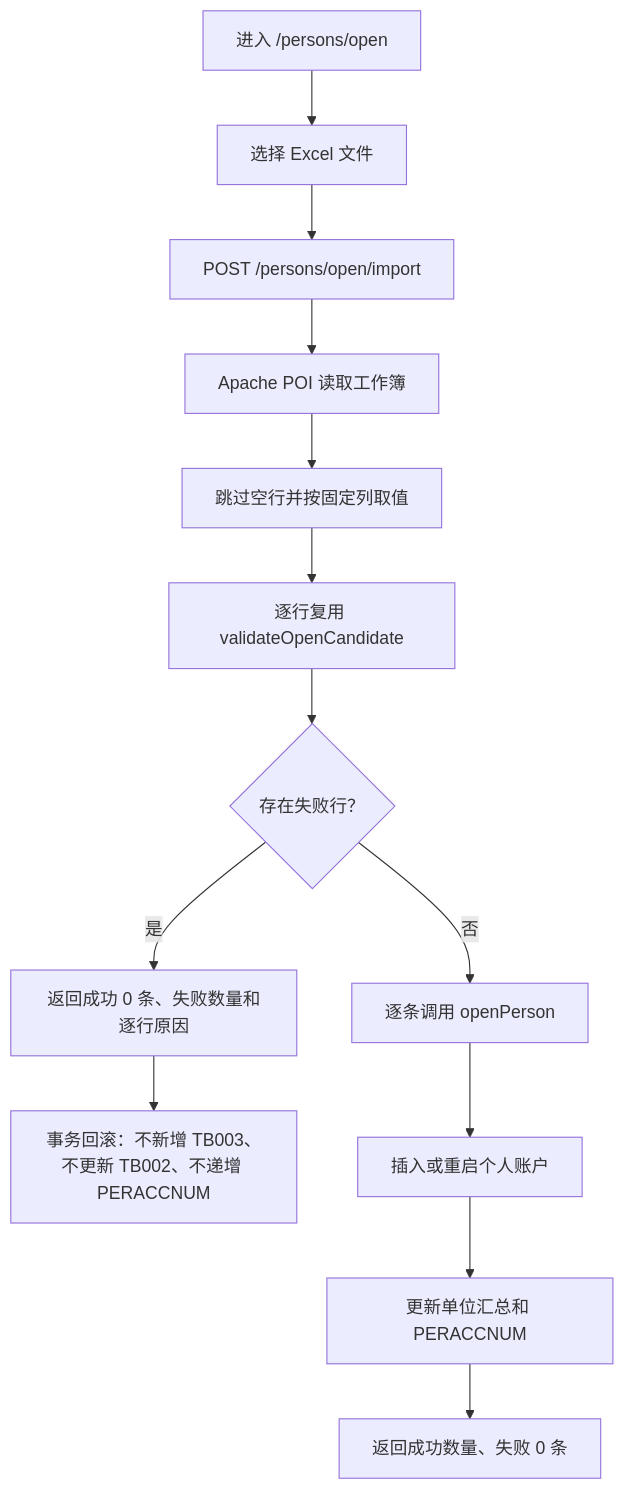
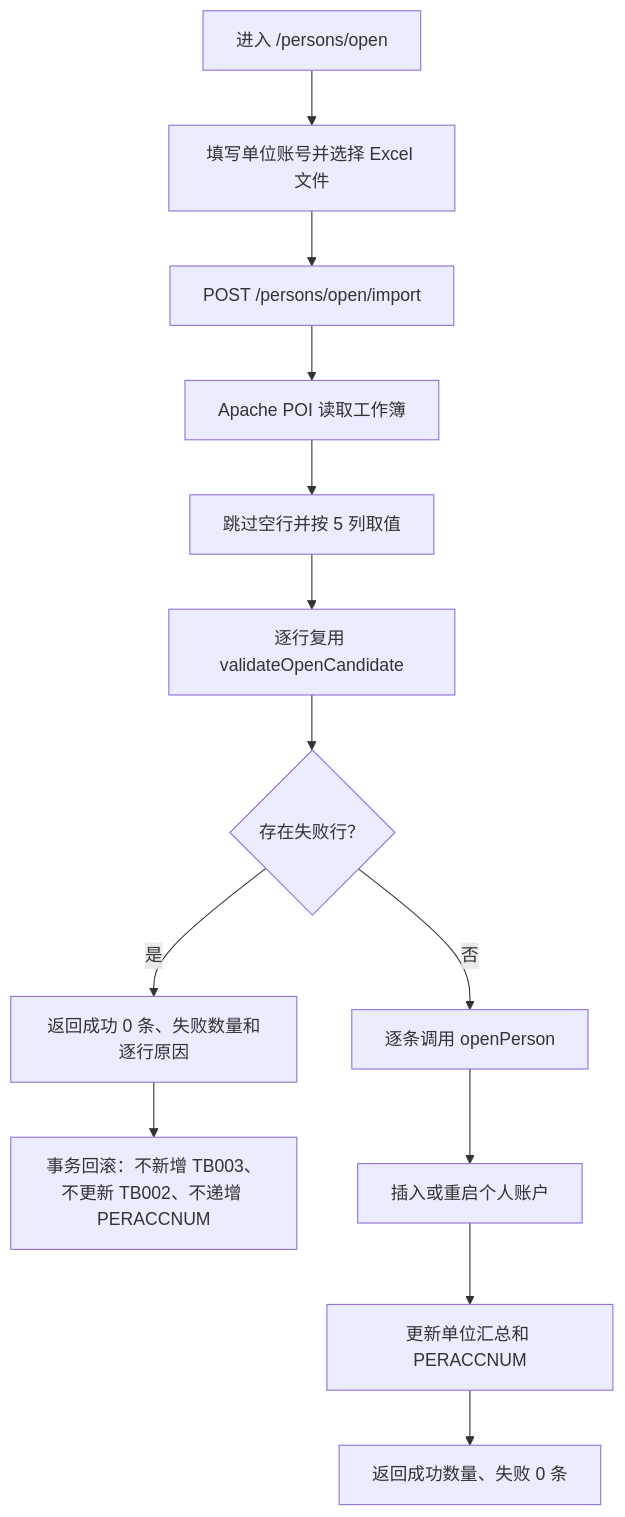
Before and after one commit to MonsoonR/housing-fund-collection-system: the eighth of 9 diagrams in docs/final-report/DIAGRAMS.md, drawn with Mermaid. The commit also changed other lines of this file and 26 other files, not shown here.

````diff
--- a/docs/final-report/DIAGRAMS.md
+++ b/docs/final-report/DIAGRAMS.md
@@ -198,15 +198,15 @@
 ```mermaid
 flowchart TD
-    A["进入 /persons/open"] --> B["选择 Excel 文件"]
+    A["进入 /persons/open"] --> B["填写单位账号并选择 Excel 文件"]
     B --> C["POST /persons/open/import"]
     C --> D["Apache POI 读取工作簿"]
-    D --> E["跳过空行并按固定列取值"]
+    D --> E["跳过空行并按 5 列取值"]
     E --> F["逐行复用 validateOpenCandidate"]
     F --> G{"存在失败行？"}
     G -- 是 --> H["返回成功 0 条、失败数量和逐行原因"]
     H --> I["事务回滚：不新增 TB003、不更新 TB002、不递增 PERACCNUM"]
     G -- 否 --> J["逐条调用 openPerson"]
     J --> K["插入或重启个人账户"]
     K --> L["更新单位汇总和 PERACCNUM"]
     L --> M["返回成功数量、失败 0 条"]
 ```
````
